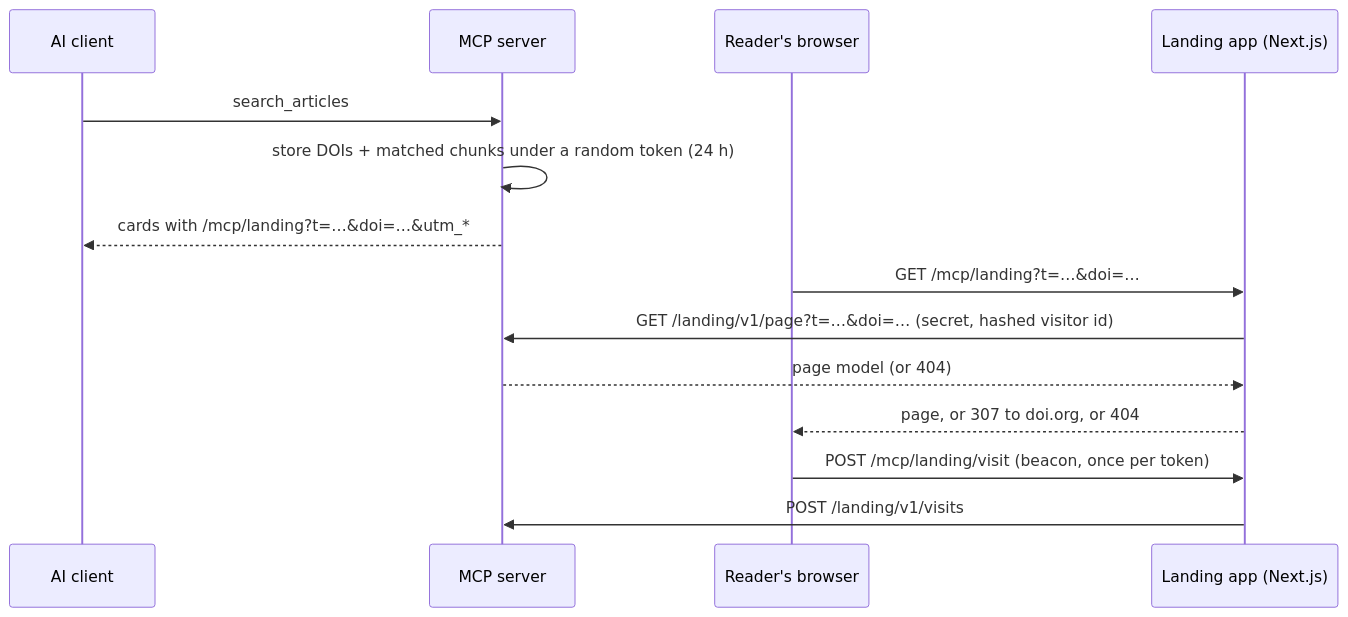
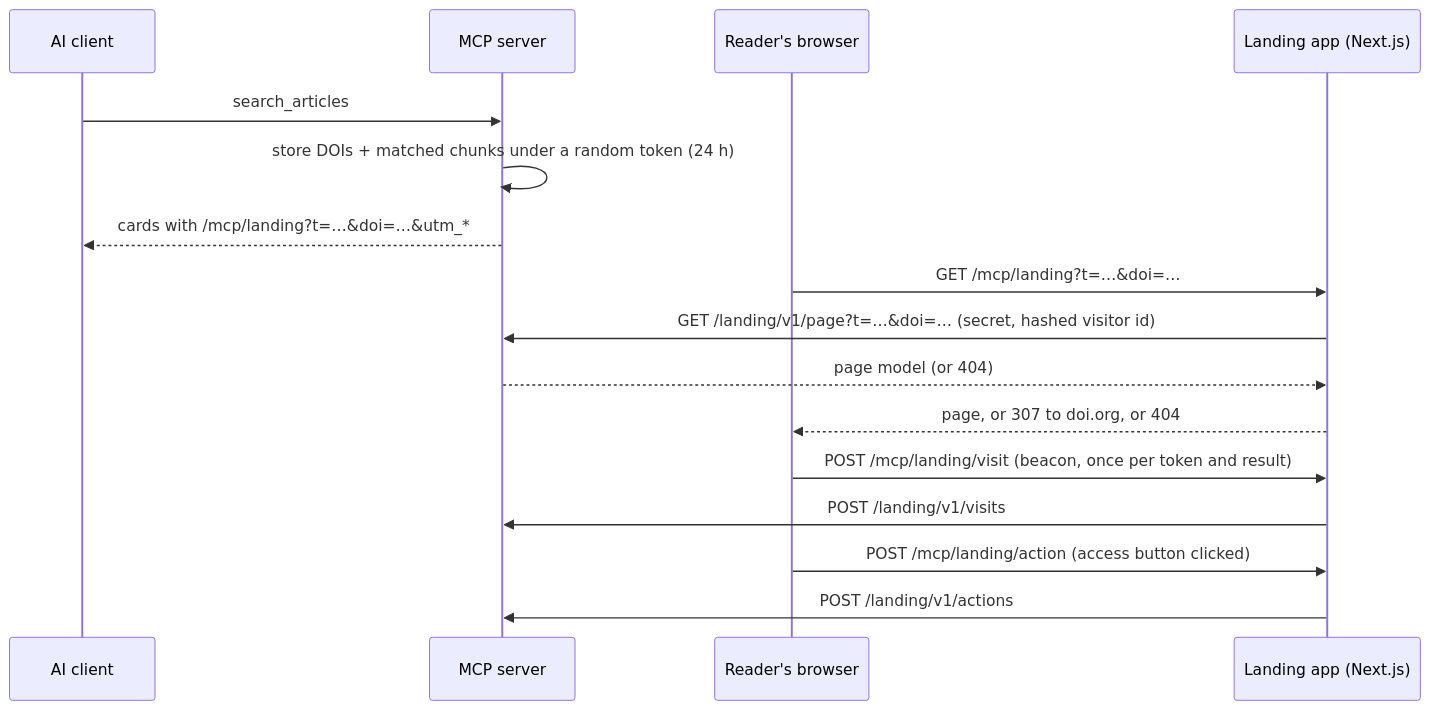
The diagram in docs/guides/landing-page.md (sami3ullah/scholarly_mcp), drawn with Mermaid before and after one commit. The commit also changed other lines of this file and 12 other files, not shown here.

````diff
--- a/docs/guides/landing-page.md
+++ b/docs/guides/landing-page.md
@@ -9,16 +9,18 @@
 ```mermaid
 sequenceDiagram
   participant AI as AI client
   participant S as MCP server
   participant B as Reader's browser
   participant L as Landing app (Next.js)
   AI->>S: search_articles
   S->>S: store DOIs + matched chunks under a random token (24 h)
   S-->>AI: cards with /mcp/landing?t=…&doi=…&utm_*
   B->>L: GET /mcp/landing?t=…&doi=…
   L->>S: GET /landing/v1/page?t=…&doi=… (secret, hashed visitor id)
   S-->>L: page model (or 404)
   L-->>B: page, or 307 to doi.org, or 404
-  B->>L: POST /mcp/landing/visit (beacon, once per token)
+  B->>L: POST /mcp/landing/visit (beacon, once per token and result)
   L->>S: POST /landing/v1/visits
+  B->>L: POST /mcp/landing/action (access button clicked)
+  L->>S: POST /landing/v1/actions
 ```
````
